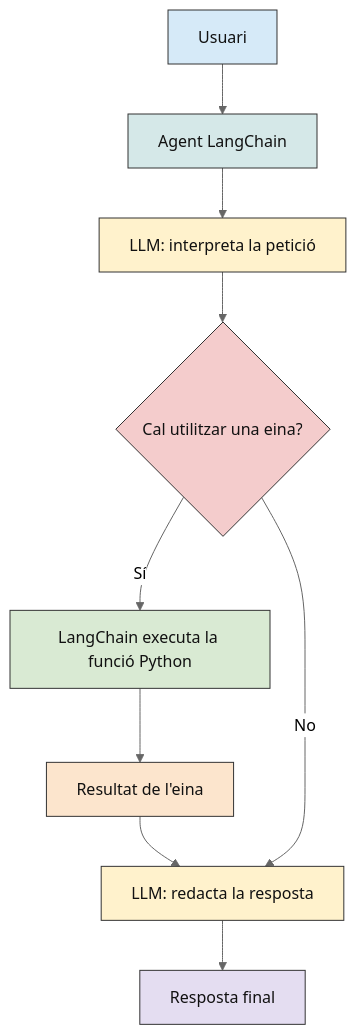
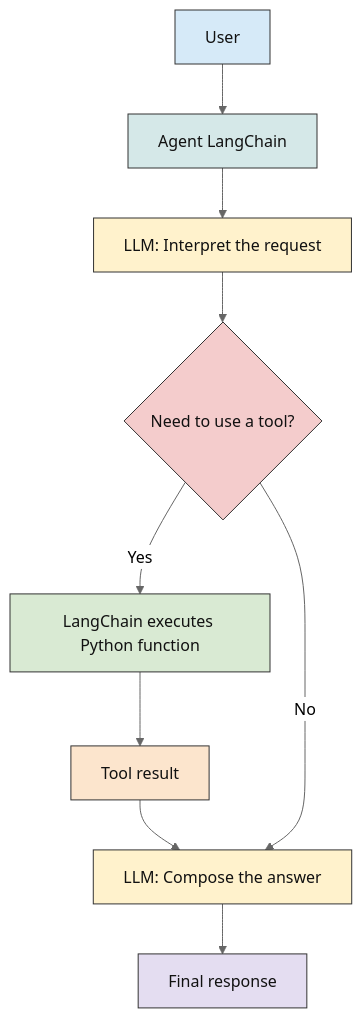
Before and after one commit to eetac/Visual_tools_for_AI: the first of 2 diagrams in AI_Observability/docs/03_langchain_langgraph.md, drawn with Mermaid (neutral theme). The commit also changed other lines of this file and 31 other files, not shown here.

````diff
--- a/AI_Observability/docs/03_langchain_langgraph.md
+++ b/AI_Observability/docs/03_langchain_langgraph.md
@@ -47,28 +47,28 @@
 ```mermaid
 flowchart TD
-    U["Usuari"] --> A["Agent LangChain"]
-    A --> L["LLM: interpreta la petició"]
-    L --> D{"Cal utilitzar una eina?"}
-    D -->|Sí| P["LangChain executa la funció Python"]
-    P --> R["Resultat de l'eina"]
-    R --> L2["LLM: redacta la resposta"]
+    U["User"] --> A["Agent LangChain"]
+    A --> L["LLM: Interpret the request"]
+    L --> D{"Need to use a tool?"}
+    D -->|Yes| P["LangChain executes Python function"]
+    P --> R["Tool result"]
+    R --> L2["LLM: Compose the answer"]
     D -->|No| L2
-    L2 --> F["Resposta final"]
+    L2 --> F["Final response"]
 
     classDef usuari fill:#D6EAF8,stroke:#333333,color:#111111
     classDef agent fill:#D5E8E8,stroke:#333333,color:#111111
     classDef llm fill:#FFF2CC,stroke:#333333,color:#111111
     classDef decisio fill:#F4CCCC,stroke:#333333,color:#111111
     classDef python fill:#D9EAD3,stroke:#333333,color:#111111
     classDef resultat fill:#FCE5CD,stroke:#333333,color:#111111
     classDef resposta fill:#E4DDF1,stroke:#333333,color:#111111
 
     class U usuari
     class A agent
     class L llm
     class D decisio
     class P python
     class R resultat
     class L2 llm
     class F resposta
 ```
````
